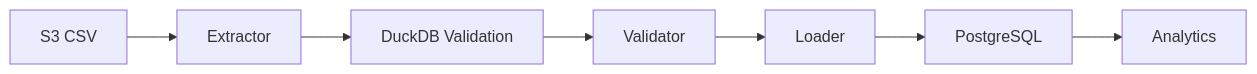
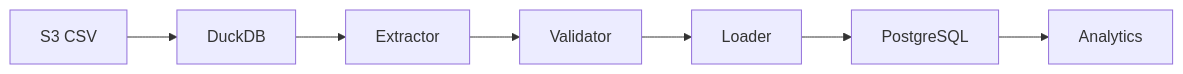
One commit to zhj0513/small_etl changed the diagram in CLAUDE.md. Above: the diagram before and after it, drawn with Mermaid. The commit also changed other lines of this file and 3 other files, not shown here.

````diff
--- a/CLAUDE.md
+++ b/CLAUDE.md
@@ -70,9 +70,9 @@
 ```mermaid
 flowchart LR
-    S3[S3 CSV] --> Extractor
-    Extractor --> DuckDB[DuckDB Validation]
-    DuckDB --> Validator
+    S3[S3 CSV] --> DuckDB[DuckDB]
+    DuckDB --> Extractor
+    Extractor --> Validator
     Validator --> Loader
     Loader --> PostgreSQL
     PostgreSQL --> Analytics
 ```
````
